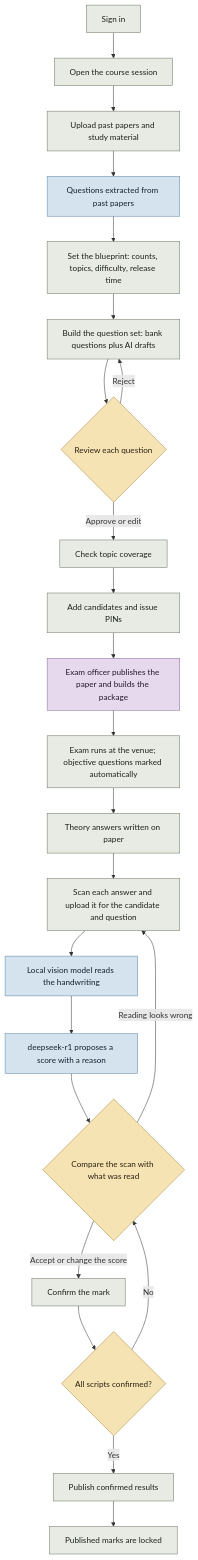
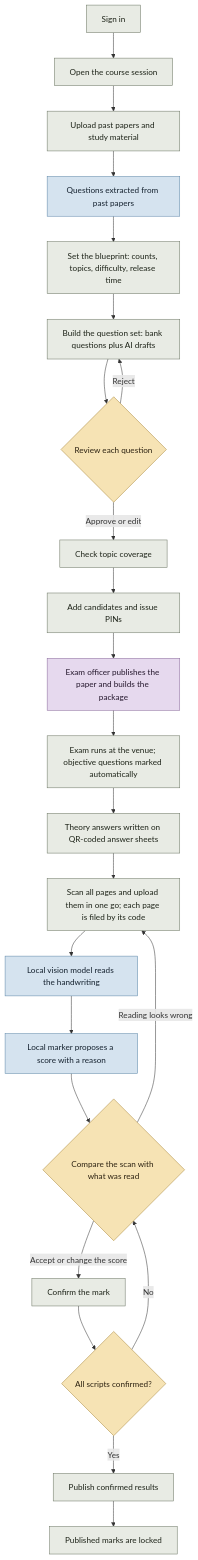
One commit to fatherofour/NACOLM-CBT changed the first of 2 diagrams in docs/architecture/instructor-admin-flow.md. Above: the diagram before and after it, drawn with Mermaid. The commit also changed other lines of this file and 19 other files, not shown here.

First line of the commit message:
Bulk theory marking with QR answer sheets and a faster local marker

````diff
--- a/docs/architecture/instructor-admin-flow.md
+++ b/docs/architecture/instructor-admin-flow.md
@@ -11,34 +11,34 @@
 ```mermaid
 flowchart TD
   A["Sign in"] --> B["Open the course session"]
   B --> C["Upload past papers and study material"]
   C --> D["Questions extracted from past papers"]
   D --> E["Set the blueprint: counts, topics, difficulty, release time"]
   E --> F["Build the question set: bank questions plus AI drafts"]
   F --> G{"Review each question"}
   G -->|Approve or edit| H["Check topic coverage"]
   G -->|Reject| F
   H --> I["Add candidates and issue PINs"]
   I --> J["Exam officer publishes the paper and builds the package"]
   J --> K["Exam runs at the venue; objective questions marked automatically"]
-  K --> L["Theory answers written on paper"]
-  L --> M["Scan each answer and upload it for the candidate and question"]
+  K --> L["Theory answers written on QR-coded answer sheets"]
+  L --> M["Scan all pages and upload them in one go; each page is filed by its code"]
   M --> N["Local vision model reads the handwriting"]
-  N --> O["deepseek-r1 proposes a score with a reason"]
+  N --> O["Local marker proposes a score with a reason"]
   O --> P{"Compare the scan with what was read"}
   P -->|Accept or change the score| Q["Confirm the mark"]
   P -->|Reading looks wrong| M
   Q --> R{"All scripts confirmed?"}
   R -->|No| P
   R -->|Yes| S["Publish confirmed results"]
   S --> T["Published marks are locked"]
 
   classDef step fill:#e8ebe4,stroke:#6b7563,color:#1d2318
   classDef human fill:#f6e3b4,stroke:#a9873a,color:#2b2110
   classDef auto fill:#d5e3ef,stroke:#5d86a8,color:#14212e
   classDef hand fill:#e6d9ee,stroke:#8a6a9c,color:#25182d
   class A,B,C,E,F,H,I,K,L,M,Q,S,T step
   class G,P,R human
   class D,N,O auto
   class J hand
 ```
````
